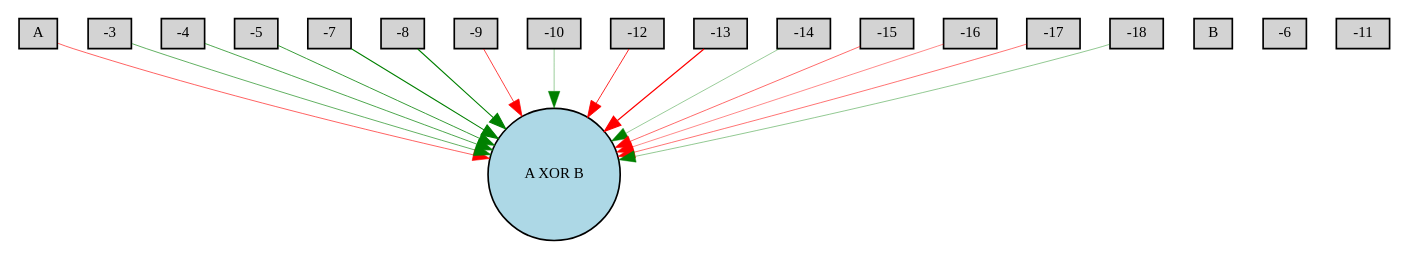
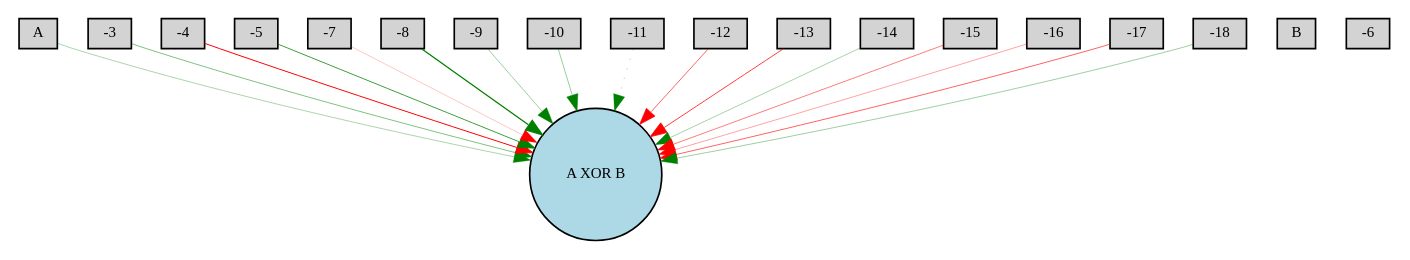
Before and after one commit to JustKira/IEE-Space-Endless-Runner: the diagram in Digraph.gv, drawn with Graphviz. The commit also changed 3 other files, not shown here.

Commit message:
Graphizy Imp

```diff
--- a/Digraph.gv
+++ b/Digraph.gv
@@ -1,37 +1,38 @@
 digraph {
 	node [fontsize=9 height=0.2 shape=circle width=0.2]
 	A [fillcolor=lightgray shape=box style=filled]
 	B [fillcolor=lightgray shape=box style=filled]
 	-3 [fillcolor=lightgray shape=box style=filled]
 	-4 [fillcolor=lightgray shape=box style=filled]
 	-5 [fillcolor=lightgray shape=box style=filled]
 	-6 [fillcolor=lightgray shape=box style=filled]
 	-7 [fillcolor=lightgray shape=box style=filled]
 	-8 [fillcolor=lightgray shape=box style=filled]
 	-9 [fillcolor=lightgray shape=box style=filled]
 	-10 [fillcolor=lightgray shape=box style=filled]
 	-11 [fillcolor=lightgray shape=box style=filled]
 	-12 [fillcolor=lightgray shape=box style=filled]
 	-13 [fillcolor=lightgray shape=box style=filled]
 	-14 [fillcolor=lightgray shape=box style=filled]
 	-15 [fillcolor=lightgray shape=box style=filled]
 	-16 [fillcolor=lightgray shape=box style=filled]
 	-17 [fillcolor=lightgray shape=box style=filled]
 	-18 [fillcolor=lightgray shape=box style=filled]
 	"A XOR B" [fillcolor=lightblue style=filled]
-	A -> "A XOR B" [color=red penwidth=0.37455753516138945 style=solid]
-	-3 -> "A XOR B" [color=green penwidth=0.3704631071183452 style=solid]
-	-4 -> "A XOR B" [color=green penwidth=0.41873619312118904 style=solid]
-	-5 -> "A XOR B" [color=green penwidth=0.4722956391423949 style=solid]
-	-7 -> "A XOR B" [color=green penwidth=0.6259984715662422 style=solid]
-	-8 -> "A XOR B" [color=green penwidth=0.6488301702465475 style=solid]
-	-9 -> "A XOR B" [color=red penwidth=0.4468384634829513 style=solid]
-	-10 -> "A XOR B" [color=green penwidth=0.24400215732250985 style=solid]
-	-12 -> "A XOR B" [color=red penwidth=0.5145710587831896 style=solid]
-	-13 -> "A XOR B" [color=red penwidth=0.6983352915636823 style=solid]
-	-14 -> "A XOR B" [color=green penwidth=0.24194043235330628 style=solid]
-	-15 -> "A XOR B" [color=red penwidth=0.35468858131588066 style=solid]
-	-16 -> "A XOR B" [color=red penwidth=0.28208098182423147 style=solid]
-	-17 -> "A XOR B" [color=red penwidth=0.3284008392379388 style=solid]
-	-18 -> "A XOR B" [color=green penwidth=0.25832083486546964 style=solid]
+	A -> "A XOR B" [color=green penwidth=0.1975064237544143 style=solid]
+	-3 -> "A XOR B" [color=green penwidth=0.3035166622466271 style=solid]
+	-4 -> "A XOR B" [color=red penwidth=0.6013575768143434 style=solid]
+	-5 -> "A XOR B" [color=green penwidth=0.4595575869689853 style=solid]
+	-7 -> "A XOR B" [color=red penwidth=0.1439622258909189 style=solid]
+	-8 -> "A XOR B" [color=green penwidth=0.7566622264794359 style=solid]
+	-9 -> "A XOR B" [color=green penwidth=0.22884349068501833 style=solid]
+	-10 -> "A XOR B" [color=green penwidth=0.2405218677489638 style=solid]
+	-11 -> "A XOR B" [color=green penwidth=0.14783728831648704 style=dotted]
+	-12 -> "A XOR B" [color=red penwidth=0.3730166112869271 style=solid]
+	-13 -> "A XOR B" [color=red penwidth=0.46343167606029867 style=solid]
+	-14 -> "A XOR B" [color=green penwidth=0.21113119471606634 style=solid]
+	-15 -> "A XOR B" [color=red penwidth=0.3118983217771293 style=solid]
+	-16 -> "A XOR B" [color=red penwidth=0.2195131301798771 style=solid]
+	-17 -> "A XOR B" [color=red penwidth=0.367661096124819 style=solid]
+	-18 -> "A XOR B" [color=green penwidth=0.23138883735703286 style=solid]
 }
```
